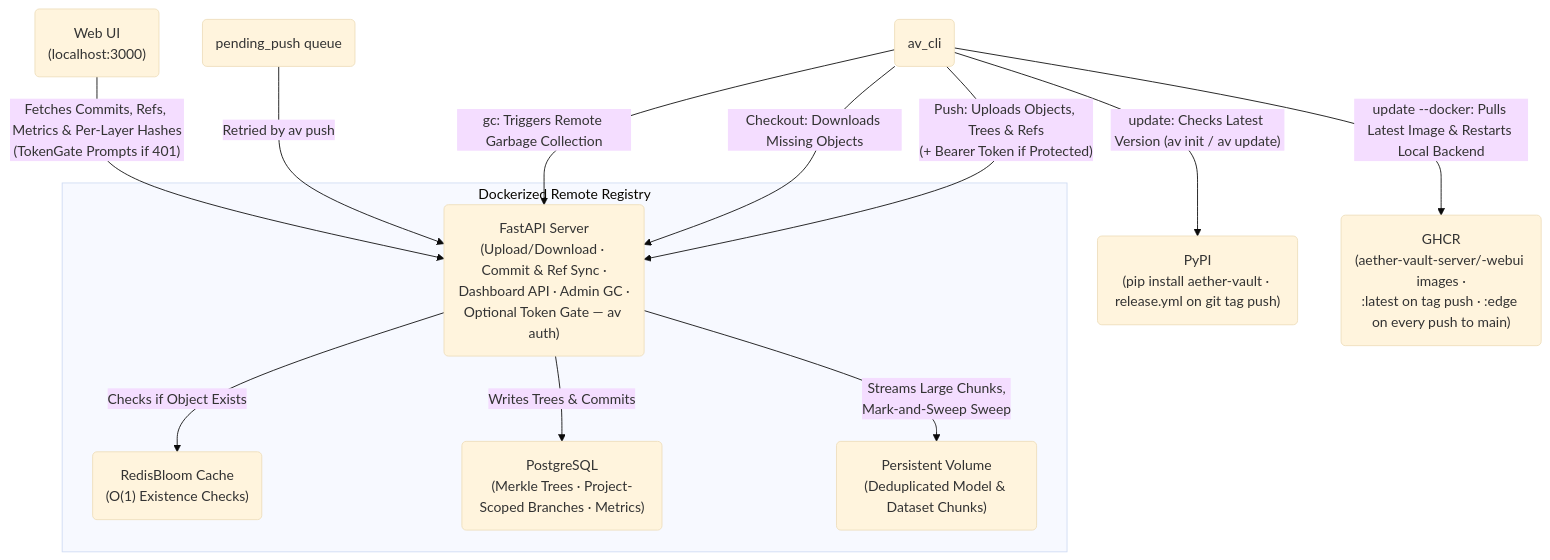
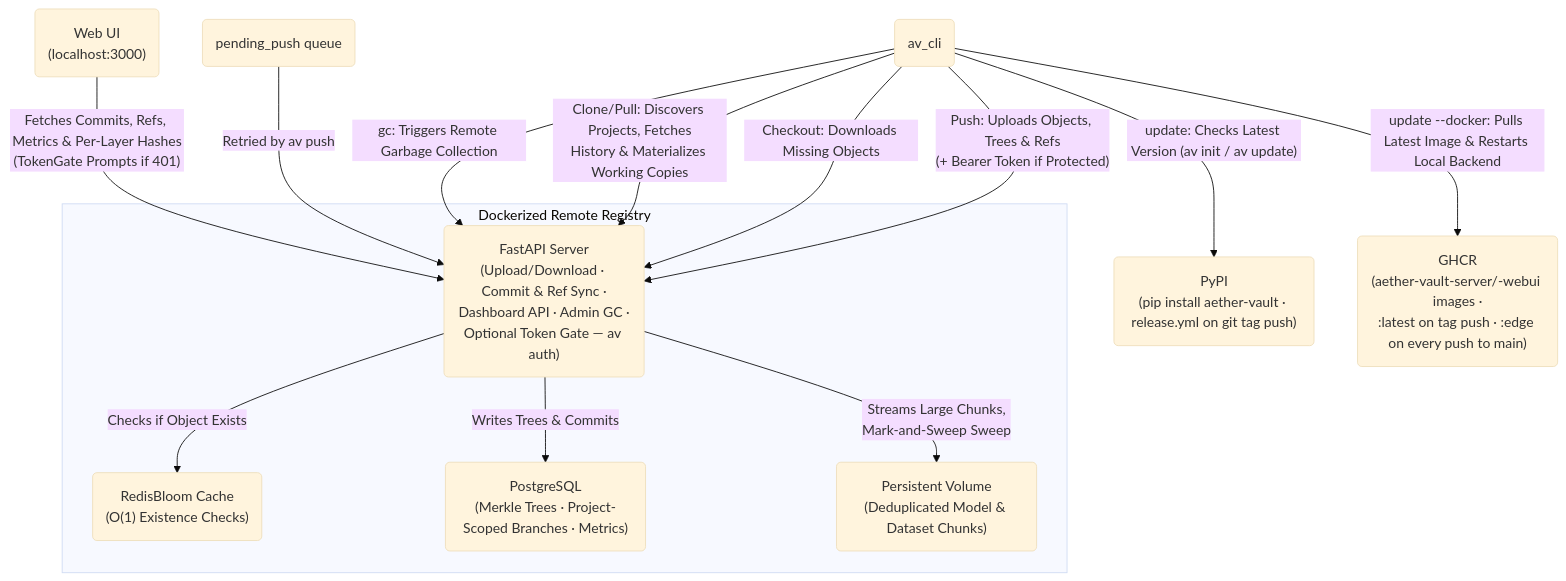
Before and after one commit to leon1706-lol/Aether-Vault: the second of 2 diagrams in README.md, drawn with Mermaid (base theme). The commit also changed other lines of this file and 18 other files, not shown here.

````diff
--- a/README.md
+++ b/README.md
@@ -79,28 +79,29 @@
 ```mermaid
 graph TD
     CLI("av_cli")
     PendingQ("pending_push queue")
     WebUI("Web UI<br>(localhost:3000)")
 
     subgraph Remote [Dockerized Remote Registry]
         FastAPI("FastAPI Server<br>(Upload/Download · Commit & Ref Sync ·<br>Dashboard API · Admin GC ·<br>Optional Token Gate — av auth)")
         Redis("RedisBloom Cache<br>(O(1) Existence Checks)")
         DB("PostgreSQL<br>(Merkle Trees · Project-Scoped Branches · Metrics)")
         Storage("Persistent Volume<br>(Deduplicated Model & Dataset Chunks)")
 
         FastAPI -- "Checks if Object Exists" --> Redis
         FastAPI -- "Writes Trees & Commits" --> DB
         FastAPI -- "Streams Large Chunks,<br>Mark-and-Sweep Sweep" --> Storage
     end
 
     CLI -- "Push: Uploads Objects, Trees & Refs<br>(+ Bearer Token if Protected)" --> FastAPI
     CLI -- "Checkout: Downloads Missing Objects" --> FastAPI
+    CLI -- "Clone/Pull: Discovers Projects, Fetches<br>History & Materializes Working Copies" --> FastAPI
     CLI -- "gc: Triggers Remote Garbage Collection" --> FastAPI
     PendingQ -- "Retried by av push" --> FastAPI
     WebUI -- "Fetches Commits, Refs, Metrics & Per-Layer Hashes<br>(TokenGate Prompts if 401)" --> FastAPI
 
     PyPI("PyPI<br>(pip install aether-vault · release.yml on git tag push)")
     GHCR("GHCR<br>(aether-vault-server/-webui images ·<br>:latest on tag push · :edge on every push to main)")
     CLI -- "update: Checks Latest Version (av init / av update)" --> PyPI
     CLI -- "update --docker: Pulls Latest Image & Restarts Local Backend" --> GHCR
 ```
````
